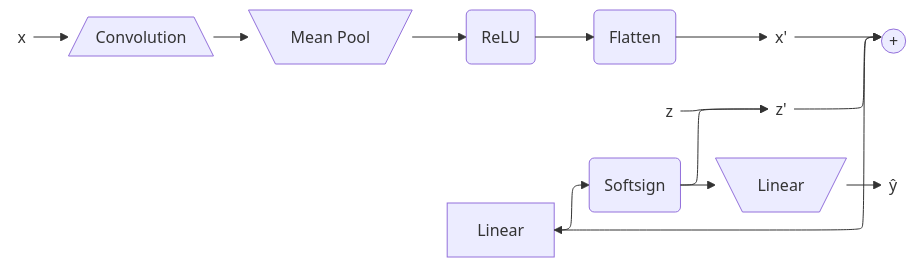
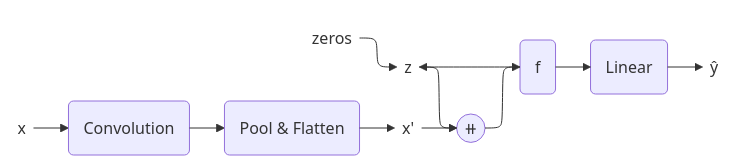
The diagram in README.md (realBarry123/recurrent-classifier-sonification), drawn with Mermaid before and after one commit.

Commit message:
Fix flowchart

````diff
--- a/README.md
+++ b/README.md
@@ -3,20 +3,20 @@
 ```mermaid
 ---
 config:
     layout: elk
     elk:
         mergeEdges: true
         nodePlacementStrategy: NETWORK_SIMPLEX
 ---
 flowchart LR;
-    X((x))-->C[/Convolution\]-->M[\Mean Pool/]-->R(ReLU)-->F(Flatten)-->X'((x'))-->P((+));
-    Z'((z'))-->P
-    Z((z)) --> Z'
-    P-->Linear-->S(Softsign)-->Z';
-    S-->O[\Linear/]-->Y((ŷ));
+    0((zeros)) --> Z((z))
+    X((x))-->C(Convolution)-->S(Pool & Flatten)-->X'((x'))-->P((⧺));
+    Z-->P
+    P-->F(f)-->Z;
+    F-->O(Linear)-->Y((ŷ));
     style X fill: none, stroke: none
     style X' fill: none, stroke: none
     style Y fill: none, stroke: none
     style Z fill: none, stroke: none
-    style Z' fill: none, stroke: none
+    style 0 fill: none, stroke: none
 ```
````
